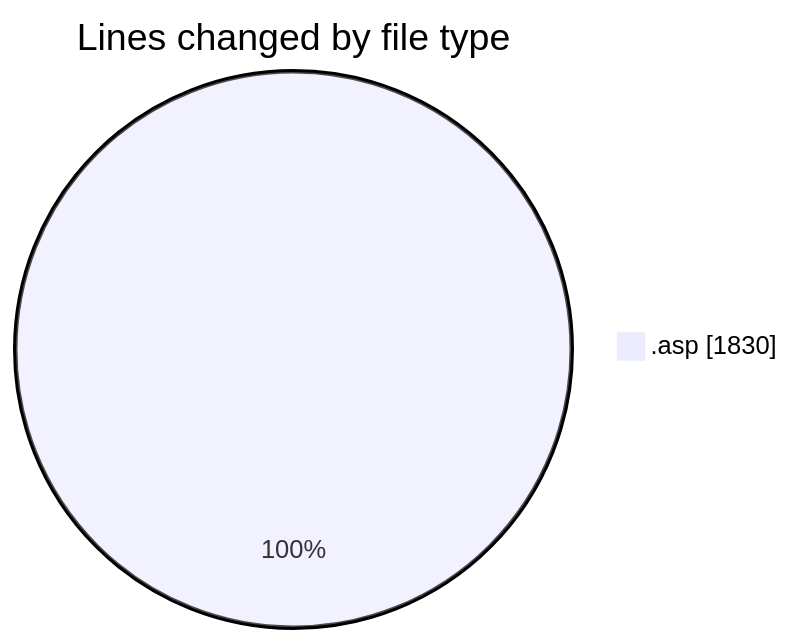
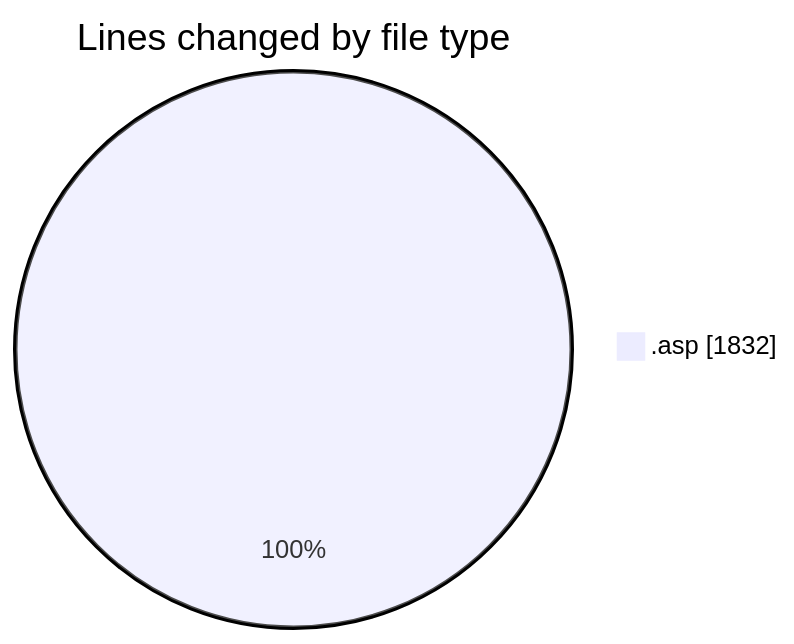
The first of 2 diagrams in 2025-10-06/usr_aleoudev_fr__workspace_/README.md (julien-gomy/code-tracking), drawn with Mermaid before and after one commit. The commit also changed other lines of this file and 1 other file, not shown here.

````diff
--- a/2025-10-06/usr_aleoudev_fr__workspace_/README.md
+++ b/2025-10-06/usr_aleoudev_fr__workspace_/README.md
@@ -20,5 +20,5 @@
 ```mermaid
 pie showData
 title Lines changed by file type
-".asp" : 1830
+".asp" : 1832
 ```
````
